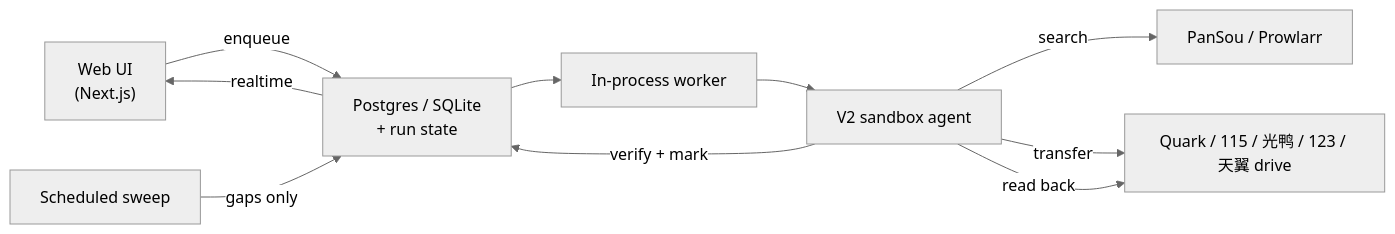
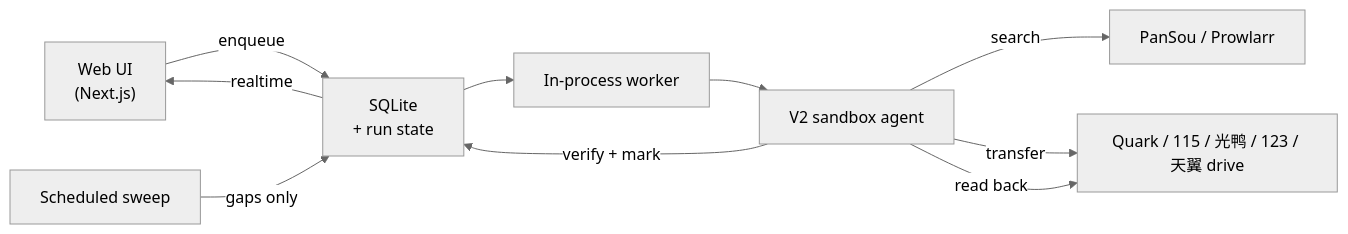
The diagram in README.md (CodeByZack/mediary-scout), drawn with Mermaid (neutral theme) before and after one commit. The commit also changed other lines of this file and 61 other files, not shown here.

First line of the commit message:
refactor: remove Postgres entirely, go SQLite-only

````diff
--- a/README.md
+++ b/README.md
@@ -149,12 +149,12 @@
 ```mermaid
 flowchart LR
-    UI["Web UI<br/>(Next.js)"] -->|enqueue| Q["Postgres / SQLite<br/>+ run state"]
+    UI["Web UI<br/>(Next.js)"] -->|enqueue| Q["SQLite<br/>+ run state"]
     Q --> W["In-process worker"]
     W --> AG["V2 sandbox agent"]
     AG -->|search| SRC["PanSou / Prowlarr"]
     AG -->|transfer| DR["Quark / 115 / 光鸭 / 123 / 天翼 drive"]
     AG -->|read back| DR
     AG -->|verify + mark| Q
     Q -->|realtime| UI
     CRON["Scheduled sweep"] -->|gaps only| Q
 ```
````
